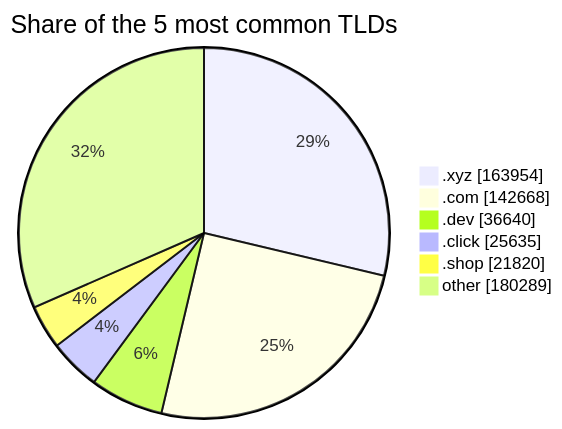
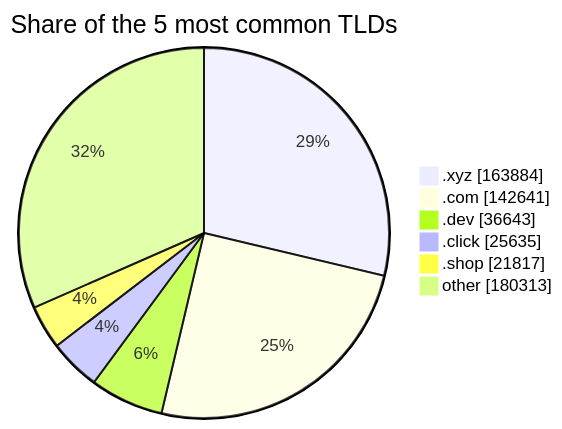
One commit to DNSBunker/CTI changed the third of 3 diagrams in README.md. Above: the diagram before and after it, drawn with Mermaid. The commit also changed other lines of this file and 3 other files, not shown here.

````diff
--- a/README.md
+++ b/README.md
@@ -81,9 +81,9 @@
 ```mermaid
 pie showData title Share of the 5 most common TLDs
-    ".xyz" : 163954
-    ".com" : 142668
-    ".dev" : 36640
+    ".xyz" : 163884
+    ".com" : 142641
+    ".dev" : 36643
     ".click" : 25635
-    ".shop" : 21820
-    "other" : 180289
+    ".shop" : 21817
+    "other" : 180313
 ```
````
